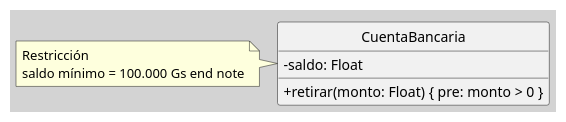
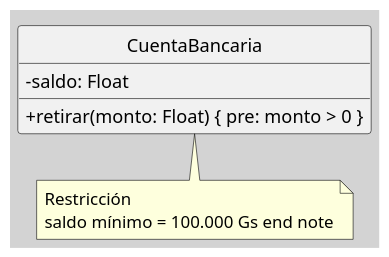
One commit to egrpy/egr-zettel-lectures changed the second of 3 diagrams in src/site/notes/050 Base de Conocimientos/200  Mi Zettelkasten/100 Docencia/IS1/2025/Clase 08 Modelo Conceptual del UML - Elementos, Relaciones, Reglas y Mecanismos Comunes/Zk Modelo Conceptual del UML (Mecanismos Comunes).md. Above: the diagram before and after it, drawn with PlantUML. The commit also changed other lines of this file and 11 other files, not shown here.

````diff
--- a/src/site/notes/050 Base de Conocimientos/200  Mi Zettelkasten/100 Docencia/IS1/2025/Clase 08 Modelo Conceptual del UML - Elementos, Relaciones, Reglas y Mecanismos Comunes/Zk Modelo Conceptual del UML (Mecanismos Comunes).md
+++ b/src/site/notes/050 Base de Conocimientos/200  Mi Zettelkasten/100 Docencia/IS1/2025/Clase 08 Modelo Conceptual del UML - Elementos, Relaciones, Reglas y Mecanismos Comunes/Zk Modelo Conceptual del UML (Mecanismos Comunes).md
@@ -47,18 +48,19 @@
 ```plantuml
 @startuml
 !pragma layout smetana
 skinparam style strictuml
 skinparam classAttributeIconSize 0
 skinparam BackgroundColor LightGray
 'left to right direction
 top to bottom direction
 skinparam linetype ortho
 
+scale 1.3
 class CuentaBancaria { 
 	- saldo: Float 
 	+ retirar(monto: Float) { pre: monto > 0 }
 }
 
-note left of CuentaBancaria : Restricción\nsaldo mínimo = 100.000 Gs end note
+note bottom of CuentaBancaria : Restricción\nsaldo mínimo = 100.000 Gs end note
 @enduml
 ```
````
